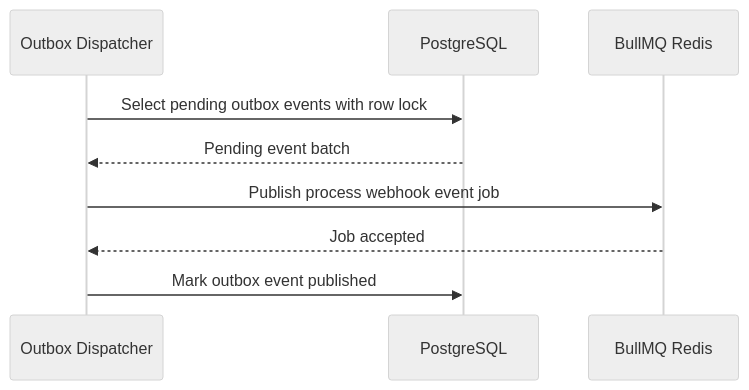
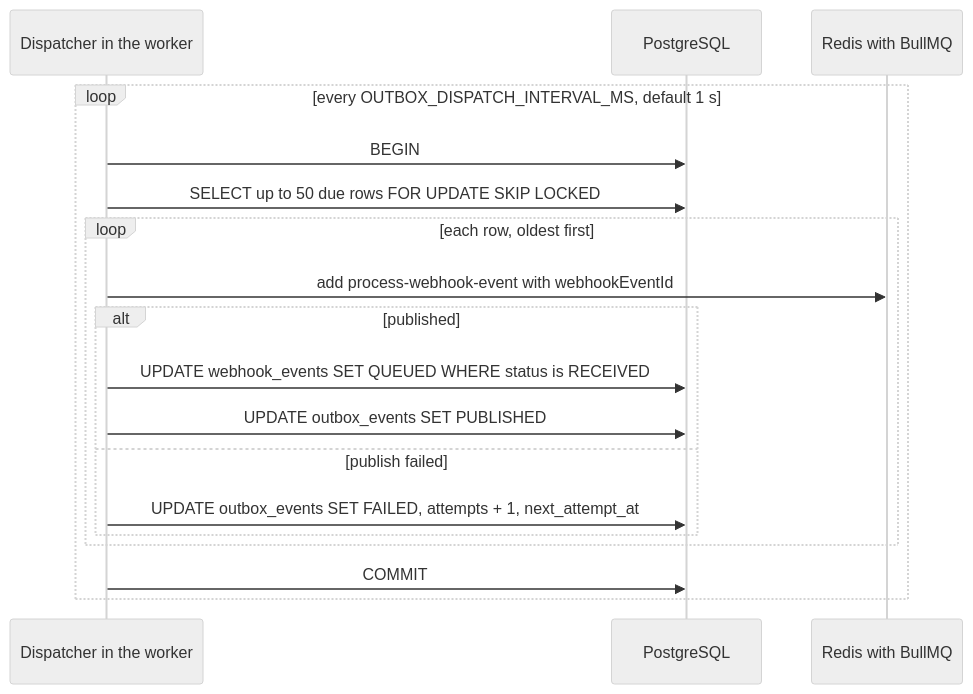
One commit to AsyncAssassin/transaction-event-gateway changed the fourth of 5 diagrams in docs/architecture.md. Above: the diagram before and after it, drawn with Mermaid (neutral theme). The commit also changed other lines of this file and 23 other files, not shown here.

````diff
--- a/docs/architecture.md
+++ b/docs/architecture.md
@@ -130,12 +106,20 @@
 ```mermaid
 sequenceDiagram
-    participant Dispatcher as Outbox Dispatcher
+    participant D as Dispatcher in the worker
     participant DB as PostgreSQL
-    participant Queue as BullMQ Redis
-
-    Dispatcher->>DB: Select pending outbox events with row lock
-    DB-->>Dispatcher: Pending event batch
-    Dispatcher->>Queue: Publish process webhook event job
-    Queue-->>Dispatcher: Job accepted
-    Dispatcher->>DB: Mark outbox event published
+    participant Q as Redis with BullMQ
+    loop every OUTBOX_DISPATCH_INTERVAL_MS, default 1 s
+        D->>DB: BEGIN
+        D->>DB: SELECT up to 50 due rows FOR UPDATE SKIP LOCKED
+        loop each row, oldest first
+            D->>Q: add process-webhook-event with webhookEventId
+            alt published
+                D->>DB: UPDATE webhook_events SET QUEUED WHERE status is RECEIVED
+                D->>DB: UPDATE outbox_events SET PUBLISHED
+            else publish failed
+                D->>DB: UPDATE outbox_events SET FAILED, attempts + 1, next_attempt_at
+            end
+        end
+        D->>DB: COMMIT
+    end
 ```
````
